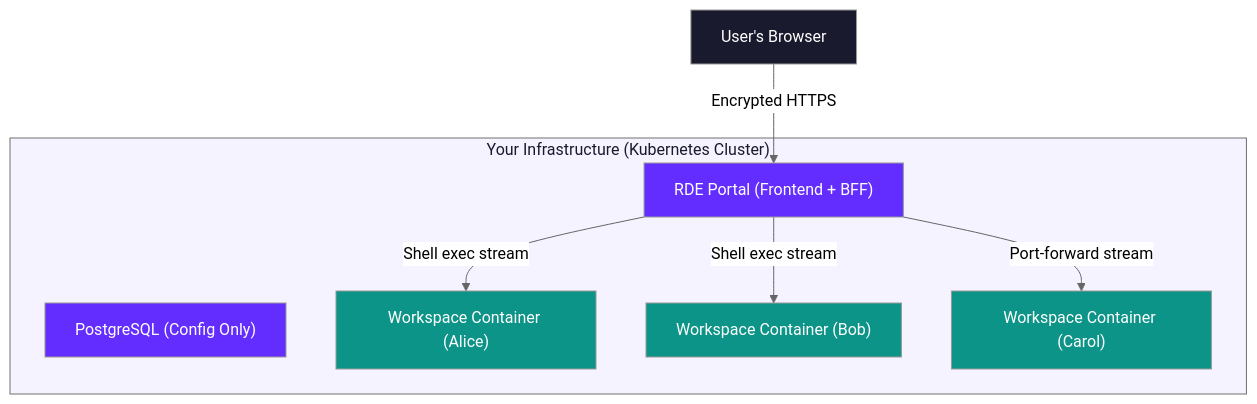
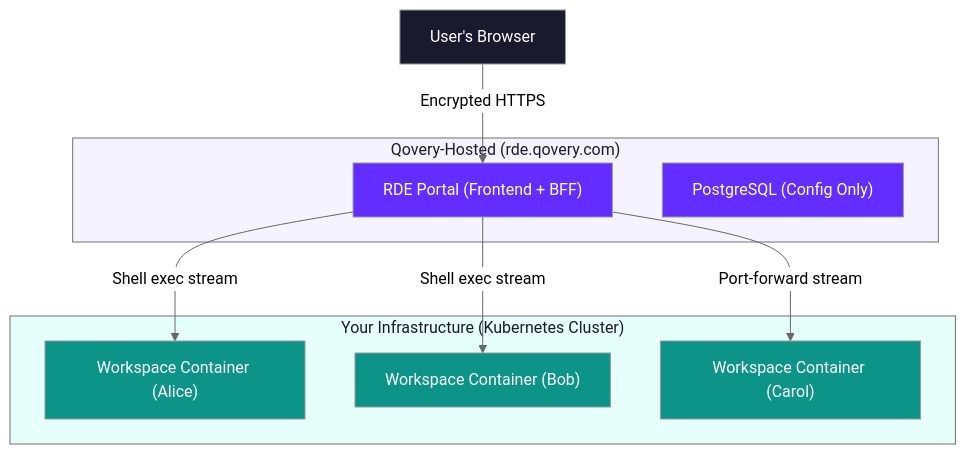
One commit to Qovery/documentation changed the first of 2 diagrams in docs/rde/reference/security.mdx. Above: the diagram before and after it, drawn with Mermaid (neutral theme). The commit also changed other lines of this file and 6 other files, not shown here.

First line of the commit message:
docs: update RDE Portal docs for hosted model at rde.qovery.com

````diff
--- a/docs/rde/reference/security.mdx
+++ b/docs/rde/reference/security.mdx
@@ -20,23 +20,27 @@
 ```mermaid
 flowchart TB
-    subgraph YourInfra["Your Infrastructure (Kubernetes Cluster)"]
+    subgraph Qovery["Qovery-Hosted (rde.qovery.com)"]
         Portal["RDE Portal (Frontend + BFF)"]
         DB["PostgreSQL (Config Only)"]
+    end
+
+    subgraph YourInfra["Your Infrastructure (Kubernetes Cluster)"]
         WS1["Workspace Container (Alice)"]
         WS2["Workspace Container (Bob)"]
         WS3["Workspace Container (Carol)"]
     end
 
     Browser["User's Browser"] -->|"Encrypted HTTPS"| Portal
     Portal -->|"Shell exec stream"| WS1
     Portal -->|"Shell exec stream"| WS2
     Portal -->|"Port-forward stream"| WS3
 
-    style YourInfra fill:#f5f3ff,color:#1a1a2e
+    style Qovery fill:#f5f3ff,color:#1a1a2e
+    style YourInfra fill:#e6fffa,color:#1a1a2e
     style Portal fill:#642DFF,color:#fff
     style DB fill:#642DFF,color:#fff
     style WS1 fill:#0d9488,color:#fff
     style WS2 fill:#0d9488,color:#fff
     style WS3 fill:#0d9488,color:#fff
     style Browser fill:#1a1a2e,color:#fff
 ```
````
